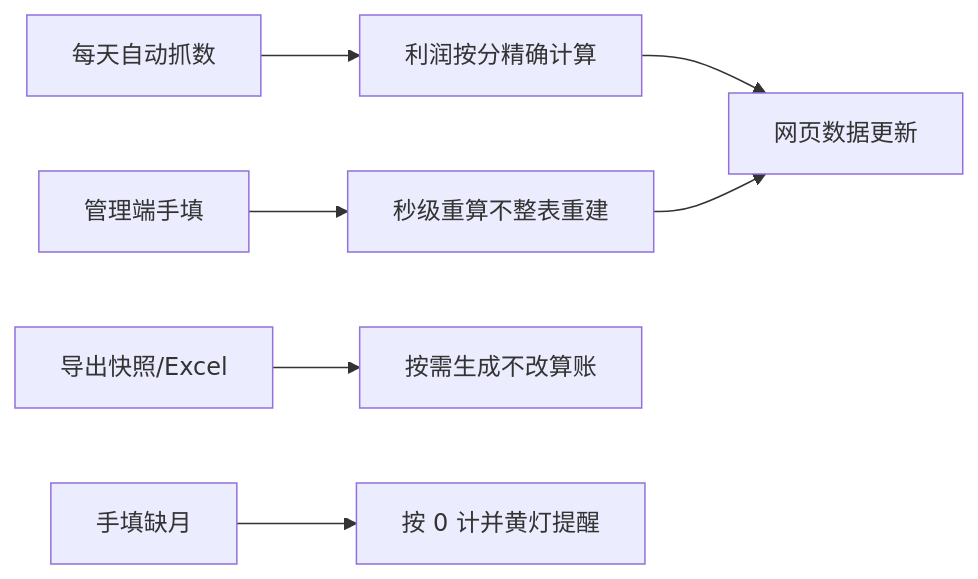
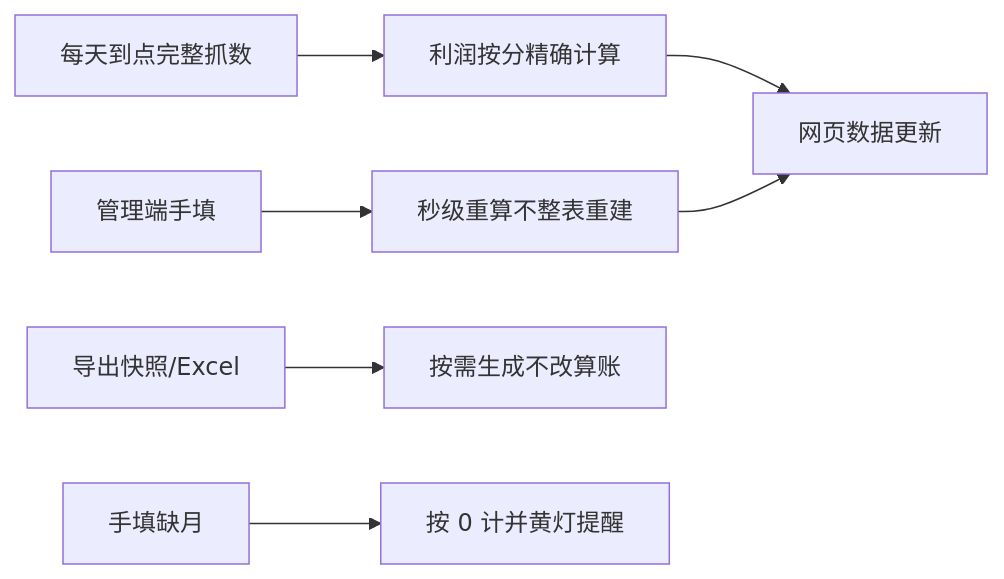
One commit to EvanLee2004/BI changed the diagram in docs/设计图/附_小白版运行逻辑图.mmd. Above: the diagram before and after it, drawn with Mermaid. The commit also changed 24 other files, not shown here.

First line of the commit message:
docs: perfect README + 3.7.19 architecture/auth diagrams

```diff
--- a/docs/设计图/附_小白版运行逻辑图.mmd
+++ b/docs/设计图/附_小白版运行逻辑图.mmd
@@ -1,8 +1,8 @@
-%% 小白版运行逻辑 · VERSION 3.7.15 · 2026-08-05
+%% 小白版运行逻辑 · VERSION 3.7.19 · 2026-08-08
 flowchart LR
-  A[每天自动抓数] --> B[利润按分精确计算]
+  A[每天到点完整抓数] --> B[利润按分精确计算]
   B --> C[网页数据更新]
   D[管理端手填] --> E[秒级重算不整表重建]
   E --> C
   F[导出快照/Excel] --> G[按需生成不改算账]
   H[手填缺月] --> I[按 0 计并黄灯提醒]
```
